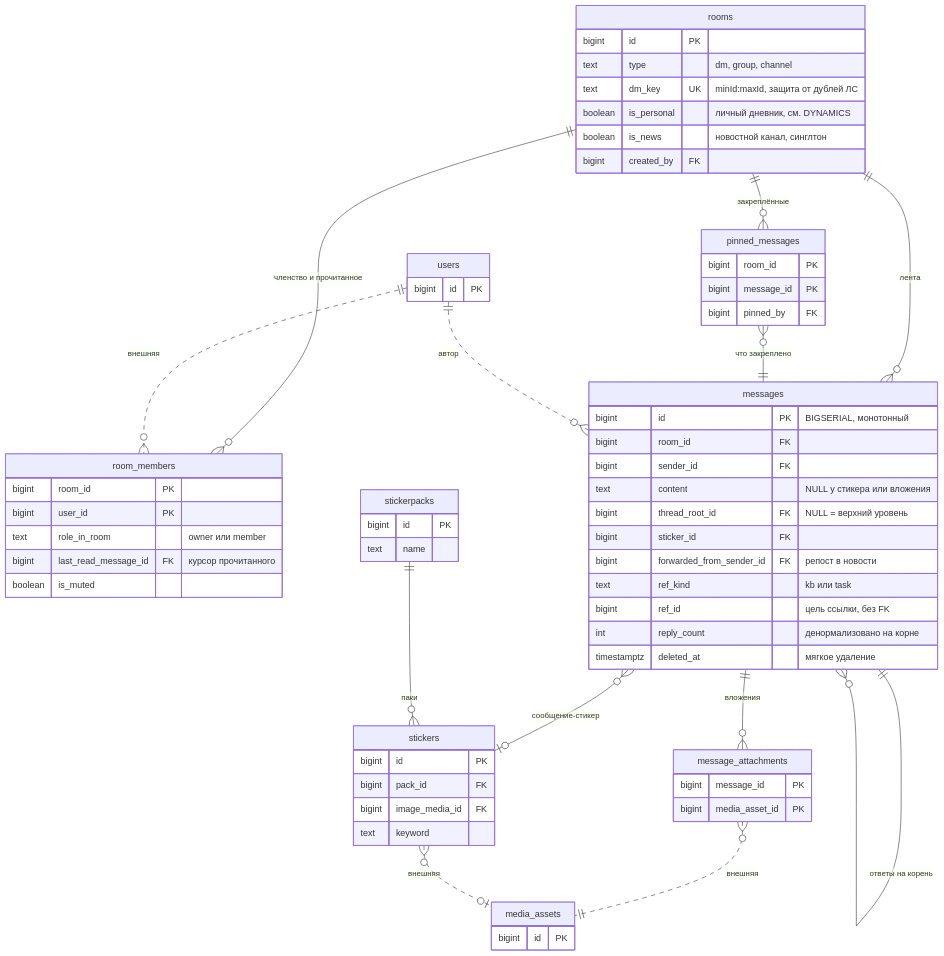
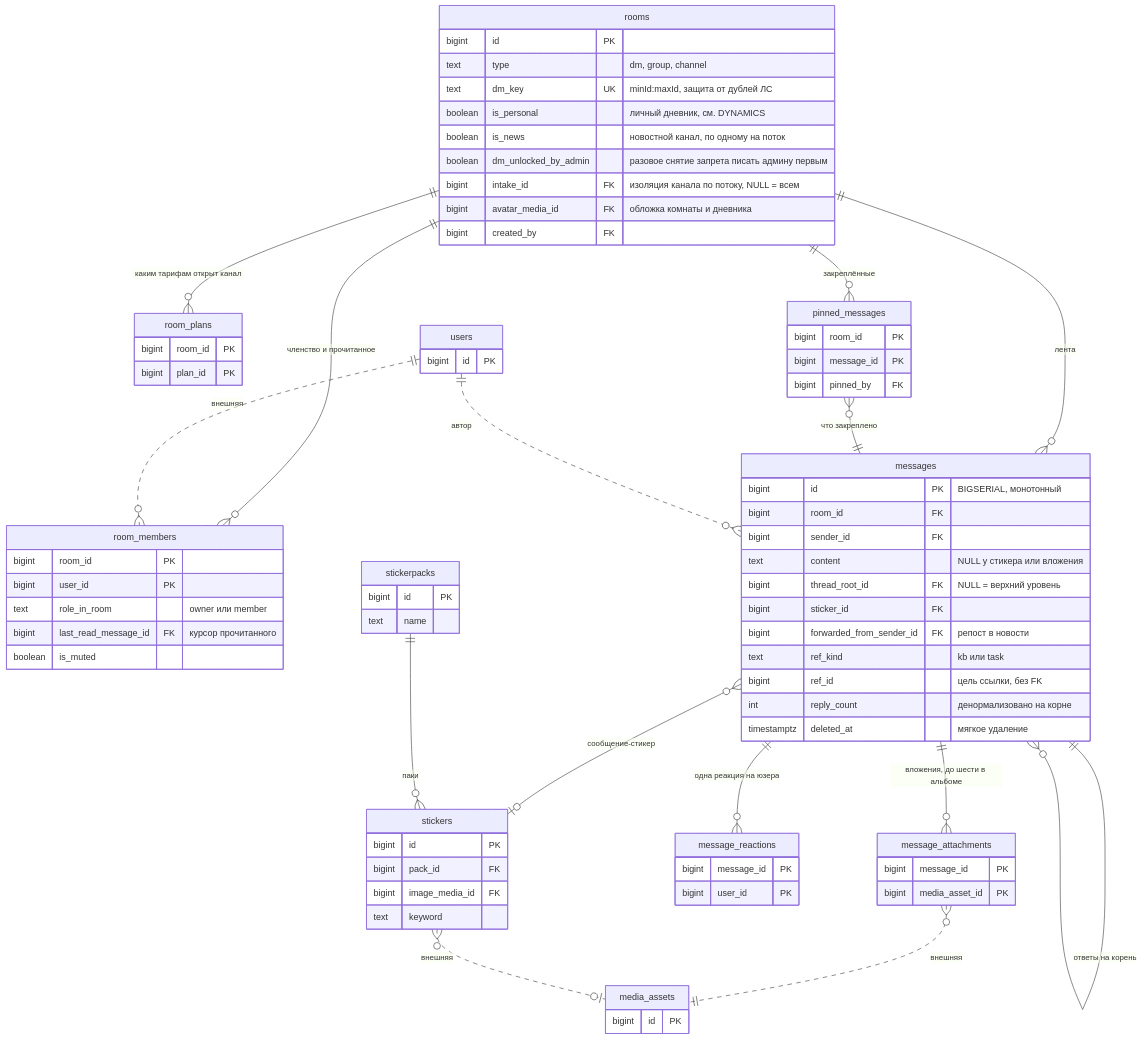
The third of 20 diagrams in docs/ARCHITECTURE.md (code-tamer3000/argonautica-platfrorm), drawn with Mermaid before and after one commit. The commit also changed other lines of this file, not shown here.

First line of the commit message:
docs: синхронизировать ARCHITECTURE.md с реальностью бэкенда

````diff
--- a/docs/ARCHITECTURE.md
+++ b/docs/ARCHITECTURE.md
@@ -131,69 +204,82 @@
 ```mermaid
 erDiagram
     rooms {
         bigint id PK
         text type "dm, group, channel"
         text dm_key UK "minId:maxId, защита от дублей ЛС"
         boolean is_personal "личный дневник, см. DYNAMICS"
-        boolean is_news "новостной канал, синглтон"
+        boolean is_news "новостной канал, по одному на поток"
+        boolean dm_unlocked_by_admin "разовое снятие запрета писать админу первым"
+        bigint intake_id FK "изоляция канала по потоку, NULL = всем"
+        bigint avatar_media_id FK "обложка комнаты и дневника"
         bigint created_by FK
+    }
+    room_plans {
+        bigint room_id PK
+        bigint plan_id PK
     }
     room_members {
         bigint room_id PK
         bigint user_id PK
         text role_in_room "owner или member"
         bigint last_read_message_id FK "курсор прочитанного"
         boolean is_muted
     }
     messages {
         bigint id PK "BIGSERIAL, монотонный"
         bigint room_id FK
         bigint sender_id FK
         text content "NULL у стикера или вложения"
         bigint thread_root_id FK "NULL = верхний уровень"
         bigint sticker_id FK
         bigint forwarded_from_sender_id FK "репост в новости"
         text ref_kind "kb или task"
         bigint ref_id "цель ссылки, без FK"
         int reply_count "денормализовано на корне"
         timestamptz deleted_at "мягкое удаление"
     }
     message_attachments {
         bigint message_id PK
         bigint media_asset_id PK
     }
+    message_reactions {
+        bigint message_id PK
+        bigint user_id PK
+    }
     pinned_messages {
         bigint room_id PK
         bigint message_id PK
         bigint pinned_by FK
     }
     stickerpacks {
         bigint id PK
         text name
     }
     stickers {
         bigint id PK
         bigint pack_id FK
         bigint image_media_id FK
         text keyword
     }
     users {
         bigint id PK
     }
     media_assets {
         bigint id PK
     }
 
     rooms ||--o{ room_members : "членство и прочитанное"
+    rooms ||--o{ room_plans : "каким тарифам открыт канал"
     rooms ||--o{ messages : "лента"
     rooms ||--o{ pinned_messages : "закреплённые"
     messages ||--o{ messages : "ответы на корень"
-    messages ||--o{ message_attachments : "вложения"
+    messages ||--o{ message_attachments : "вложения, до шести в альбоме"
+    messages ||--o{ message_reactions : "одна реакция на юзера"
     messages }o--o| stickers : "сообщение-стикер"
     stickerpacks ||--o{ stickers : "паки"
     pinned_messages }o--|| messages : "что закреплено"
     users ||..o{ room_members : "внешняя"
     users ||..o{ messages : "автор"
     message_attachments }o..|| media_assets : "внешняя"
     stickers }o..o| media_assets : "внешняя"
 ```
````
